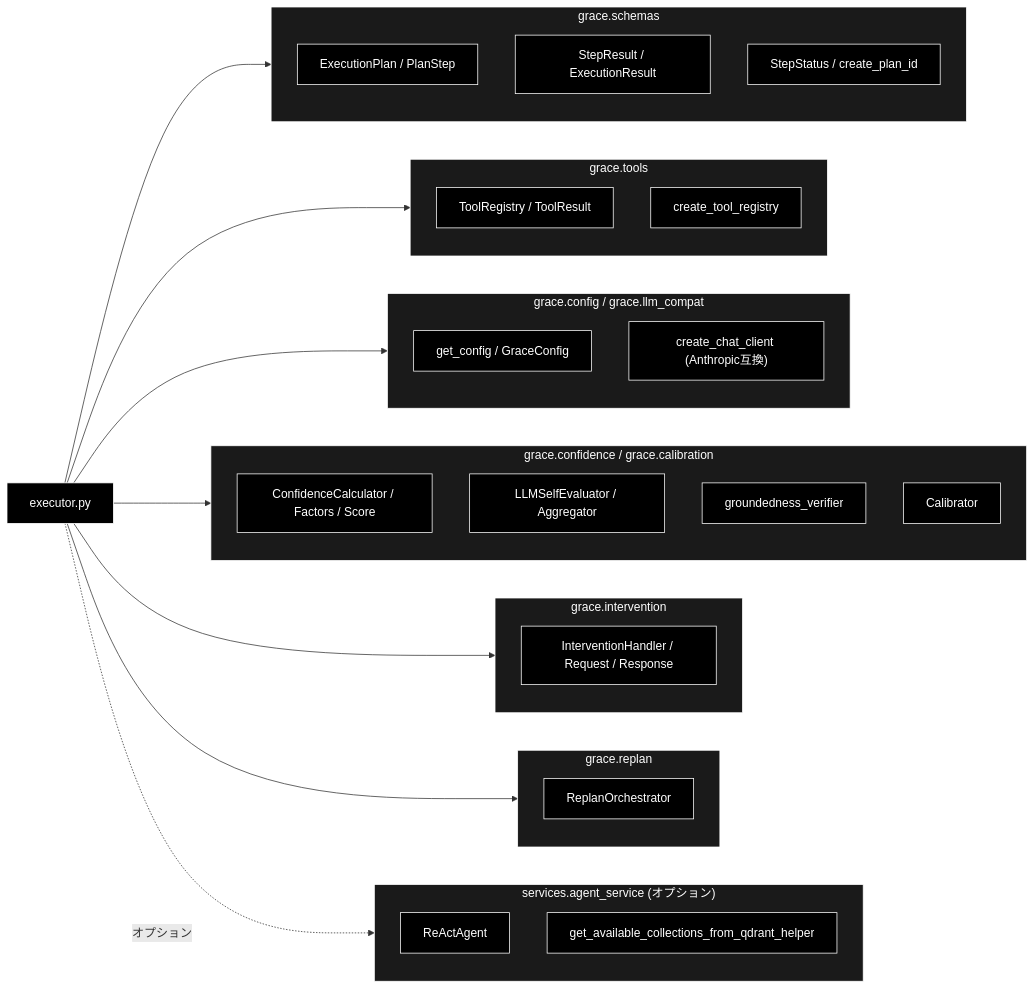
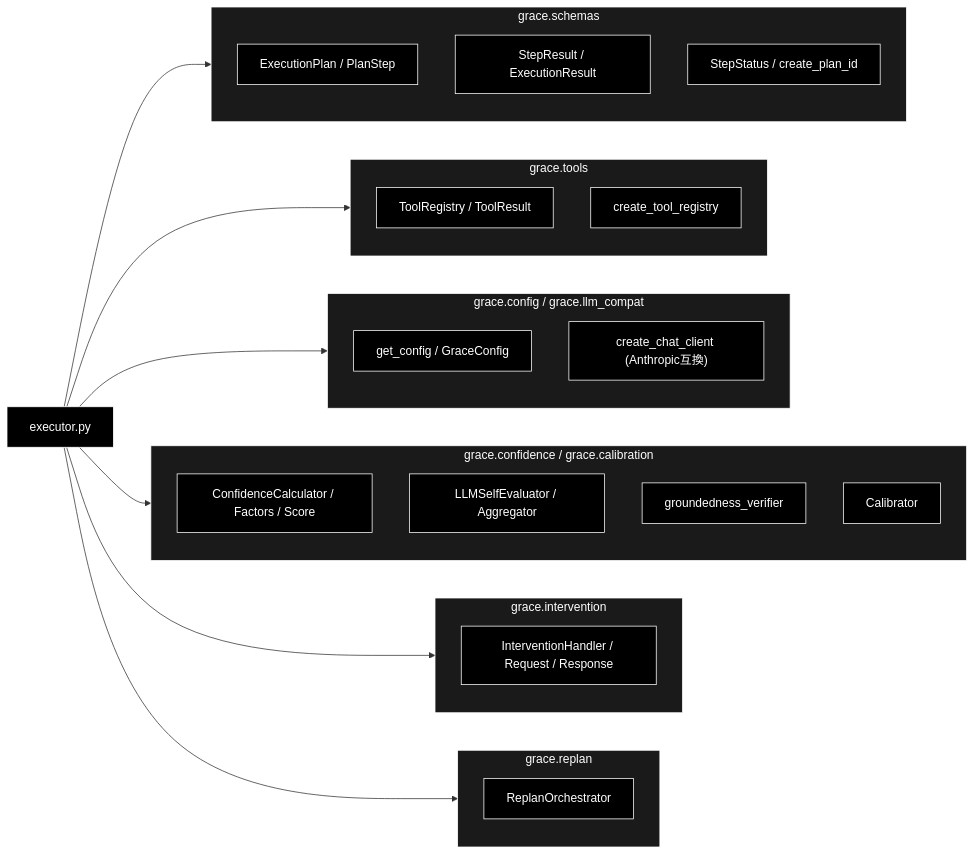
One commit to nakashima2toshio/grace_v2 changed the third of 5 diagrams in grace/docs/executor.md. Above: the diagram before and after it, drawn with Mermaid. The commit also changed other lines of this file and 30 other files, not shown here.

First line of the commit message:
refactor: Legacy ReAct 経路のコードを削除（run_dev.sh での起動を実地確認）

````diff
--- a/grace/docs/executor.md
+++ b/grace/docs/executor.md
@@ -2218,58 +2178,52 @@
 ```mermaid
 flowchart LR
     EXECUTOR["executor.py"]
 
     subgraph SCHEMAS["grace.schemas"]
         S1["ExecutionPlan / PlanStep"]
         S2["StepResult / ExecutionResult"]
         S3["StepStatus / create_plan_id"]
     end
 
     subgraph TOOLS["grace.tools"]
         T1["ToolRegistry / ToolResult"]
         T2["create_tool_registry"]
     end
 
     subgraph CONFIG["grace.config / grace.llm_compat"]
         C1["get_config / GraceConfig"]
         C2["create_chat_client (Anthropic互換)"]
     end
 
     subgraph CONFIDENCE["grace.confidence / grace.calibration"]
         CF1["ConfidenceCalculator / Factors / Score"]
         CF2["LLMSelfEvaluator / Aggregator"]
         CF3["groundedness_verifier"]
         CF4["Calibrator"]
     end
 
     subgraph INTERVENTION["grace.intervention"]
         I1["InterventionHandler / Request / Response"]
     end
 
     subgraph REPLAN["grace.replan"]
         R1["ReplanOrchestrator"]
     end
 
-    subgraph LEGACY["services.agent_service (オプション)"]
-        L1["ReActAgent"]
-        L2["get_available_collections_from_qdrant_helper"]
-    end
 
     EXECUTOR --> SCHEMAS
     EXECUTOR --> TOOLS
     EXECUTOR --> CONFIG
     EXECUTOR --> CONFIDENCE
     EXECUTOR --> INTERVENTION
     EXECUTOR --> REPLAN
-    EXECUTOR -.->|オプション| LEGACY
 classDef default fill:#000,stroke:#fff,color:#fff
 classDef subgraphStyle fill:#1a1a1a,stroke:#fff,color:#fff
-class EXECUTOR,S1,S2,S3,T1,T2,C1,C2,CF1,CF2,CF3,CF4,I1,R1,L1,L2 default
+class EXECUTOR,S1,S2,S3,T1,T2,C1,C2,CF1,CF2,CF3,CF4,I1,R1 default
 style SCHEMAS fill:#1a1a1a,stroke:#fff,color:#fff
 style TOOLS fill:#1a1a1a,stroke:#fff,color:#fff
 style CONFIG fill:#1a1a1a,stroke:#fff,color:#fff
 style CONFIDENCE fill:#1a1a1a,stroke:#fff,color:#fff
 style INTERVENTION fill:#1a1a1a,stroke:#fff,color:#fff
 style REPLAN fill:#1a1a1a,stroke:#fff,color:#fff
-style LEGACY fill:#1a1a1a,stroke:#fff,color:#fff
 ```
````
